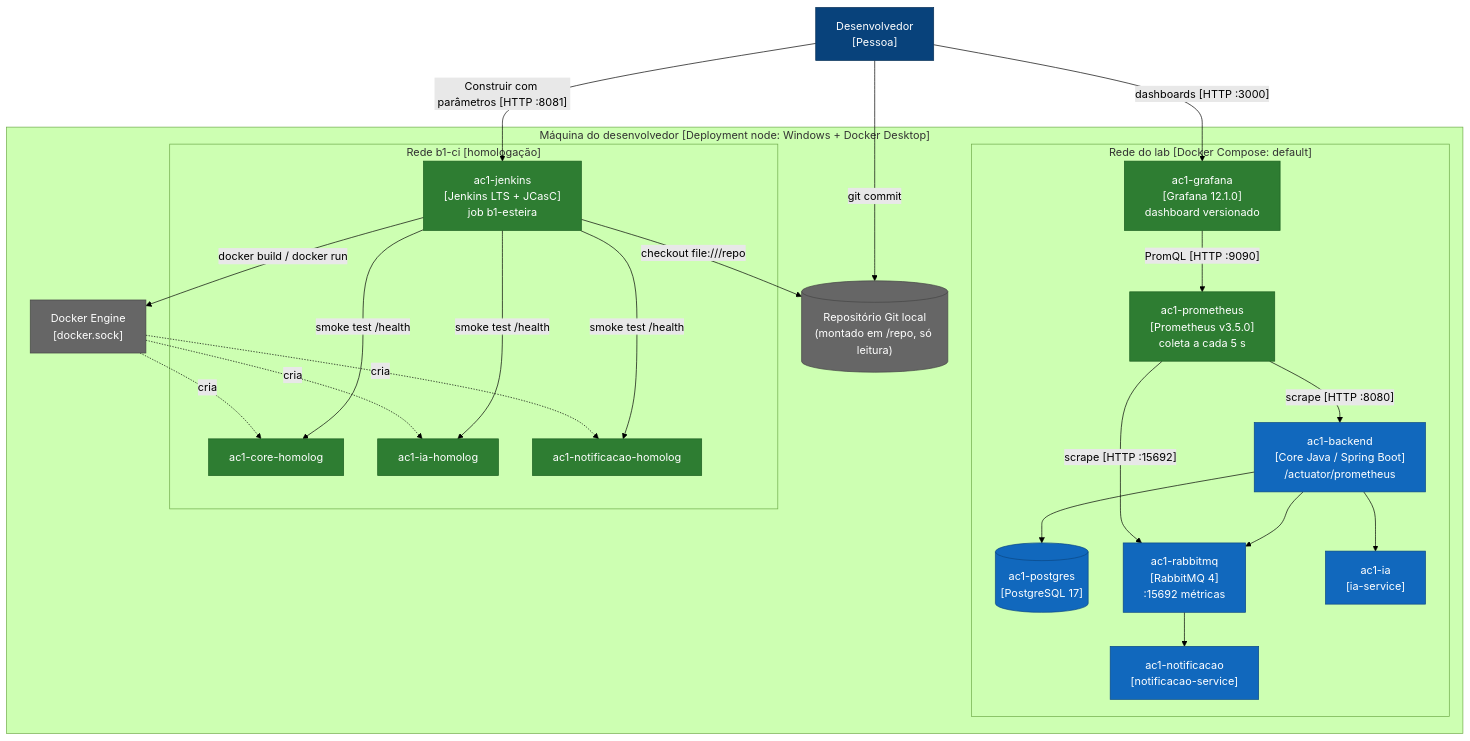
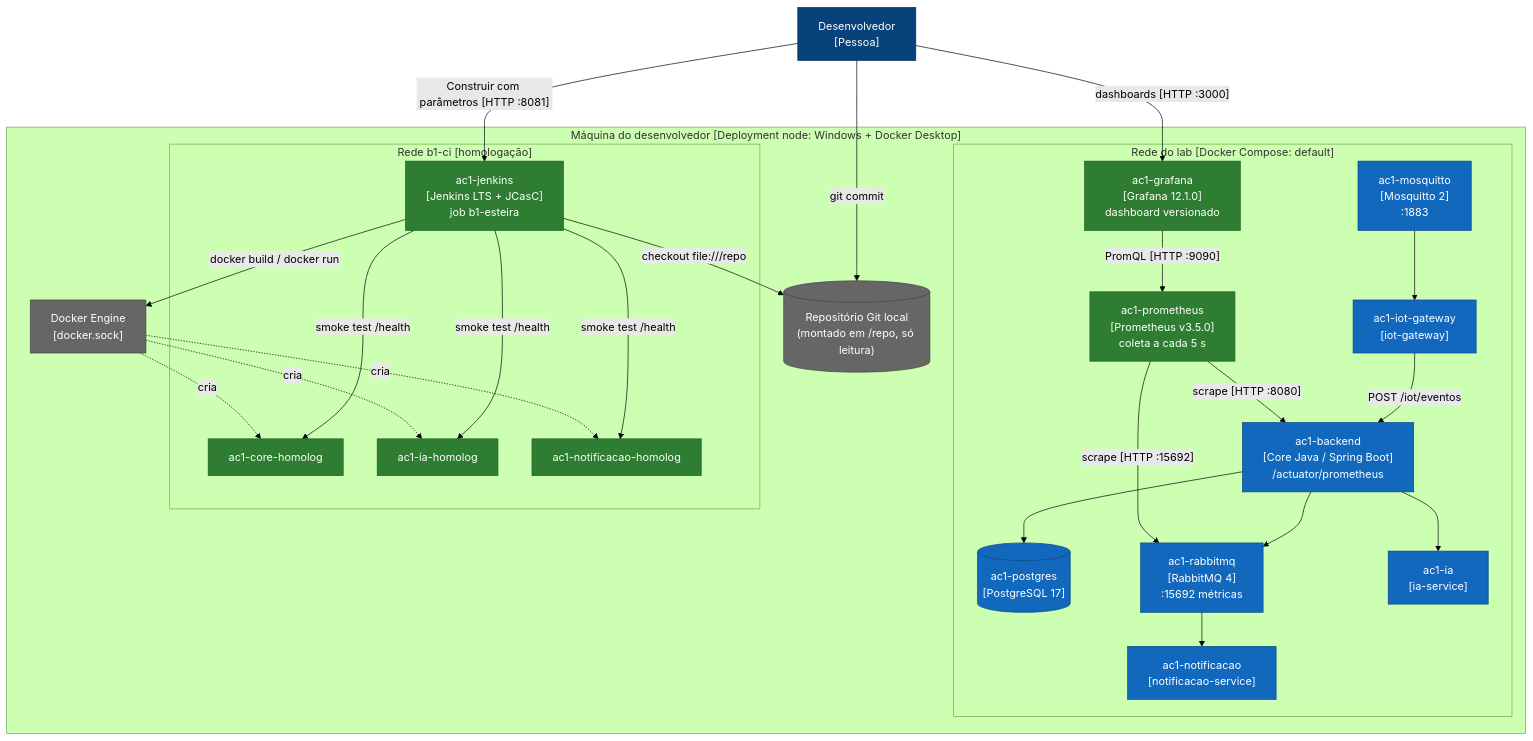
The eighth of 9 diagrams in docs/arquitetura/README.md (KauanHYT/DevOps-AC2---Exercicio-B1---Arquitetura-de-Software), drawn with Mermaid (forest theme) before and after one commit. The commit also changed other lines of this file and 39 other files, not shown here.

Commit message:
D5: eventos IoT por MQTT com iot-gateway, deduplicação no Core, mini-lab e ADR-005

````diff
--- a/docs/arquitetura/README.md
+++ b/docs/arquitetura/README.md
@@ -840,54 +1021,58 @@
 ```mermaid
 flowchart TB
     dev["Desenvolvedor<br/>[Pessoa]"]
 
     subgraph maquina["Máquina do desenvolvedor [Deployment node: Windows + Docker Desktop]"]
         repo[("Repositório Git local<br/>(montado em /repo, só leitura)")]
         sock["Docker Engine<br/>[docker.sock]"]
 
         subgraph lab["Rede do lab [Docker Compose: default]"]
             core["ac1-backend<br/>[Core Java / Spring Boot]<br/>/actuator/prometheus"]
             db[("ac1-postgres<br/>[PostgreSQL 17]")]
             mq["ac1-rabbitmq<br/>[RabbitMQ 4]<br/>:15692 métricas"]
             ia["ac1-ia<br/>[ia-service]"]
             notif["ac1-notificacao<br/>[notificacao-service]"]
+            mosq["ac1-mosquitto<br/>[Mosquitto 2]<br/>:1883"]
+            gw["ac1-iot-gateway<br/>[iot-gateway]"]
             prom["ac1-prometheus<br/>[Prometheus v3.5.0]<br/>coleta a cada 5 s"]
             graf["ac1-grafana<br/>[Grafana 12.1.0]<br/>dashboard versionado"]
         end
 
         subgraph ci["Rede b1-ci [homologação]"]
             jenkins["ac1-jenkins<br/>[Jenkins LTS + JCasC]<br/>job b1-esteira"]
             hcore["ac1-core-homolog"]
             hia["ac1-ia-homolog"]
             hnotif["ac1-notificacao-homolog"]
         end
     end
 
     dev -- "git commit" --> repo
     dev -- "dashboards [HTTP :3000]" --> graf
     dev -- "Construir com parâmetros [HTTP :8081]" --> jenkins
     jenkins -- "checkout file:///repo" --> repo
     jenkins -- "docker build / docker run" --> sock
     sock -. "cria" .-> hcore
     sock -. "cria" .-> hia
     sock -. "cria" .-> hnotif
     jenkins -- "smoke test /health" --> hcore
     jenkins -- "smoke test /health" --> hia
     jenkins -- "smoke test /health" --> hnotif
     prom -- "scrape [HTTP :8080]" --> core
     prom -- "scrape [HTTP :15692]" --> mq
     graf -- "PromQL [HTTP :9090]" --> prom
     core --> db
     core --> mq
     core --> ia
     mq --> notif
+    mosq --> gw
+    gw -- "POST /iot/eventos" --> core
 
     classDef pessoa fill:#08427b,stroke:#052e56,color:#fff
     classDef container fill:#1168bd,stroke:#0b4884,color:#fff
     classDef novo fill:#2e7d32,stroke:#1b5e20,color:#fff
     classDef infra fill:#666,stroke:#444,color:#fff
     class dev pessoa
-    class core,db,mq,ia,notif container
+    class core,db,mq,ia,notif,mosq,gw container
     class prom,graf,jenkins,hcore,hia,hnotif novo
     class repo,sock infra
 ```
````
